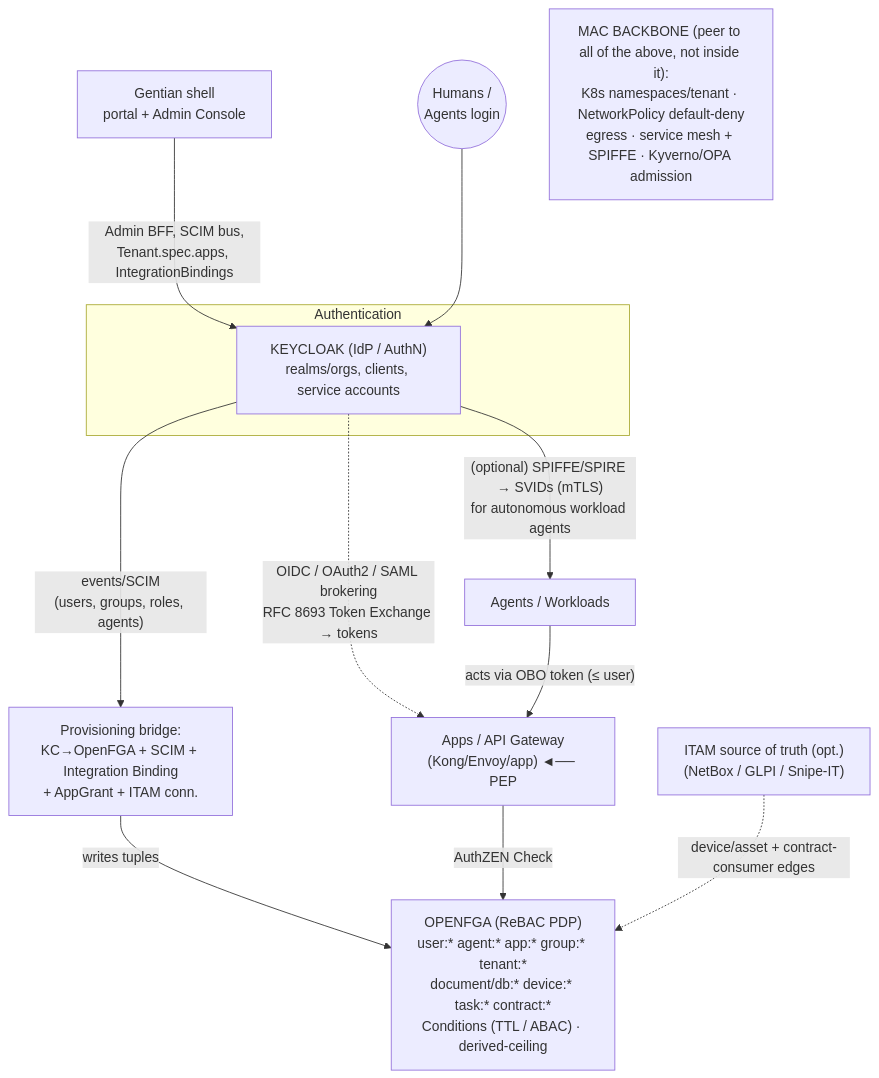
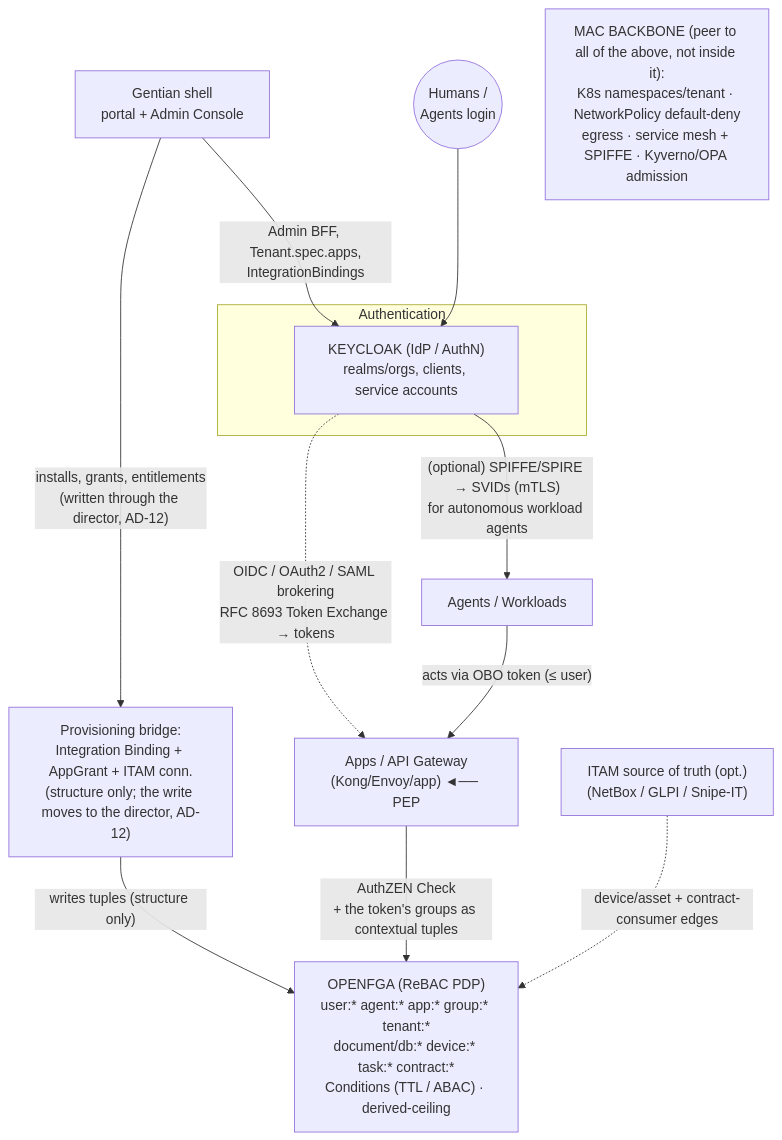
One commit to gentian-org/gentian-os changed the first of 3 diagrams in docs/design/security.md. Above: the diagram before and after it, drawn with Mermaid. The commit also changed other lines of this file, not shown here.

Commit message:
docs(security): the bridge's identity half is retired, not pending
§3.0 marked "Keycloak group → OpenFGA tuple sync; AppGrant → tuples" as one
Implemented row, and §3.1 marked the provisioning bridge Done with
"event-driven SCIM deferred". AD-12 retires the identity sync outright:
membership reaches OpenFGA as contextual tuples from the caller's token and
is never stored. Deferred and retired are not the same status, and the two
halves of that row no longer share a future, so it splits: the group sync is
implemented-but-retired, grants stay stored as structure with the write
moving to the director.

The diagram drew the retired path twice — the bridge node claimed KC→OpenFGA
+ SCIM, and a Keycloak → Bridge edge carried "events/SCIM (users, groups,
roles, agents)". That edge is gone; membership now rides the AuthZEN Check as
contextual tuples, which is where AD-12 puts it. The bridge keeps its
structure inputs, fed from the shell through the director so the node is not
orphaned, and the shell's "SCIM bus" label goes with the same fact.

````diff
--- a/docs/design/security.md
+++ b/docs/design/security.md
@@ -139,35 +140,35 @@
 ```mermaid
 flowchart TD
     Shell["Gentian shell<br>portal + Admin Console"]
     
     Users(("Humans /<br>Agents login"))
     
     subgraph Identity ["Authentication"]
         Keycloak["KEYCLOAK (IdP / AuthN)<br>realms/orgs, clients, service accounts"]
     end
     
-    Bridge["Provisioning bridge:<br>KC→OpenFGA + SCIM + Integration Binding<br>+ AppGrant + ITAM conn."]
+    Bridge["Provisioning bridge:<br>Integration Binding + AppGrant + ITAM conn.<br>(structure only; the write moves to the director, AD-12)"]
     
     AgentsWorkloads["Agents / Workloads"]
     Apps["Apps / API Gateway<br>(Kong/Envoy/app) ◄── PEP"]
     
     OpenFGA["OPENFGA (ReBAC PDP)<br>user:* agent:* app:* group:* tenant:*<br>document/db:* device:* task:* contract:*<br>Conditions (TTL / ABAC) · derived-ceiling"]
     
     ITAM["ITAM source of truth (opt.)<br>(NetBox / GLPI / Snipe-IT)"]
     
     MAC["MAC BACKBONE (peer to all of the above, not inside it):<br>K8s namespaces/tenant · NetworkPolicy default-deny<br>egress · service mesh + SPIFFE · Kyverno/OPA admission"]
     
-    Shell -->|"Admin BFF, SCIM bus,<br>Tenant.spec.apps, IntegrationBindings"| Keycloak
+    Shell -->|"Admin BFF, Tenant.spec.apps,<br>IntegrationBindings"| Keycloak
     Users --> Keycloak
     Keycloak -.->|"OIDC / OAuth2 / SAML brokering<br>RFC 8693 Token Exchange → tokens"| Apps
     
-    Keycloak -->|"events/SCIM<br>(users, groups, roles, agents)"| Bridge
     Keycloak -->|"(optional) SPIFFE/SPIRE → SVIDs (mTLS)<br>for autonomous workload agents"| AgentsWorkloads
     
     AgentsWorkloads -->|"acts via OBO token (≤ user)"| Apps
     
-    Bridge -->|"writes tuples"| OpenFGA
-    Apps -->|"AuthZEN Check"| OpenFGA
+    Shell -->|"installs, grants, entitlements<br>(written through the director, AD-12)"| Bridge
+    Bridge -->|"writes tuples (structure only)"| OpenFGA
+    Apps -->|"AuthZEN Check<br>+ the token's groups as contextual tuples"| OpenFGA
     
     ITAM -.->|"device/asset + contract-consumer edges"| OpenFGA
 ```
````
